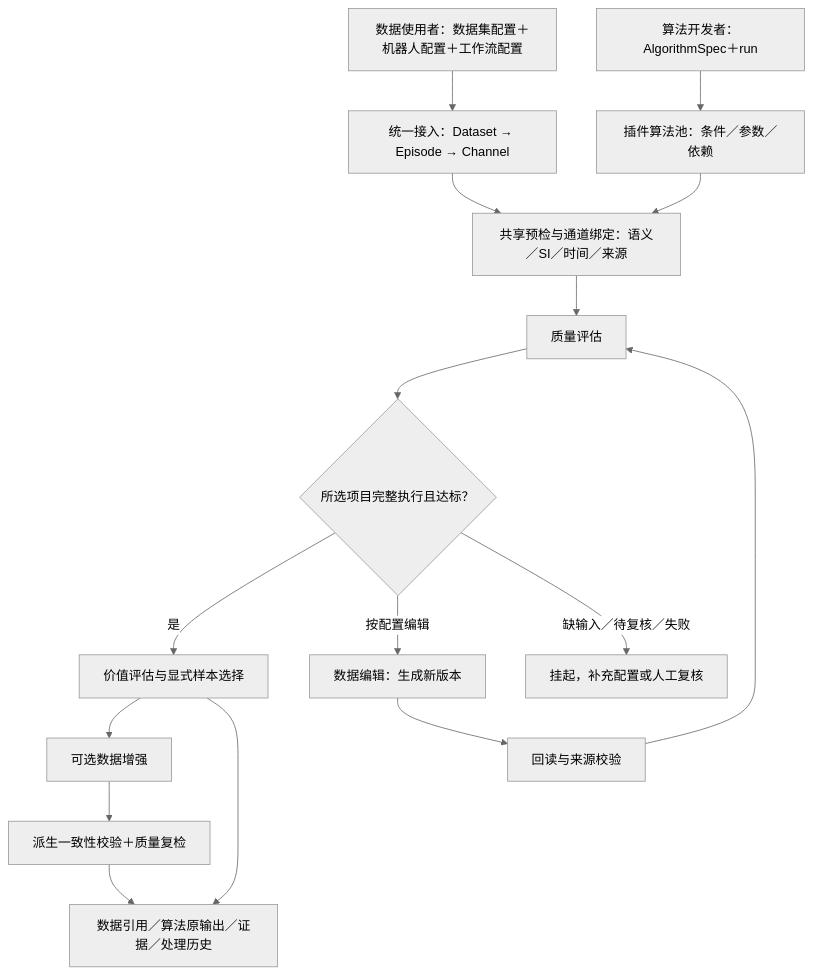
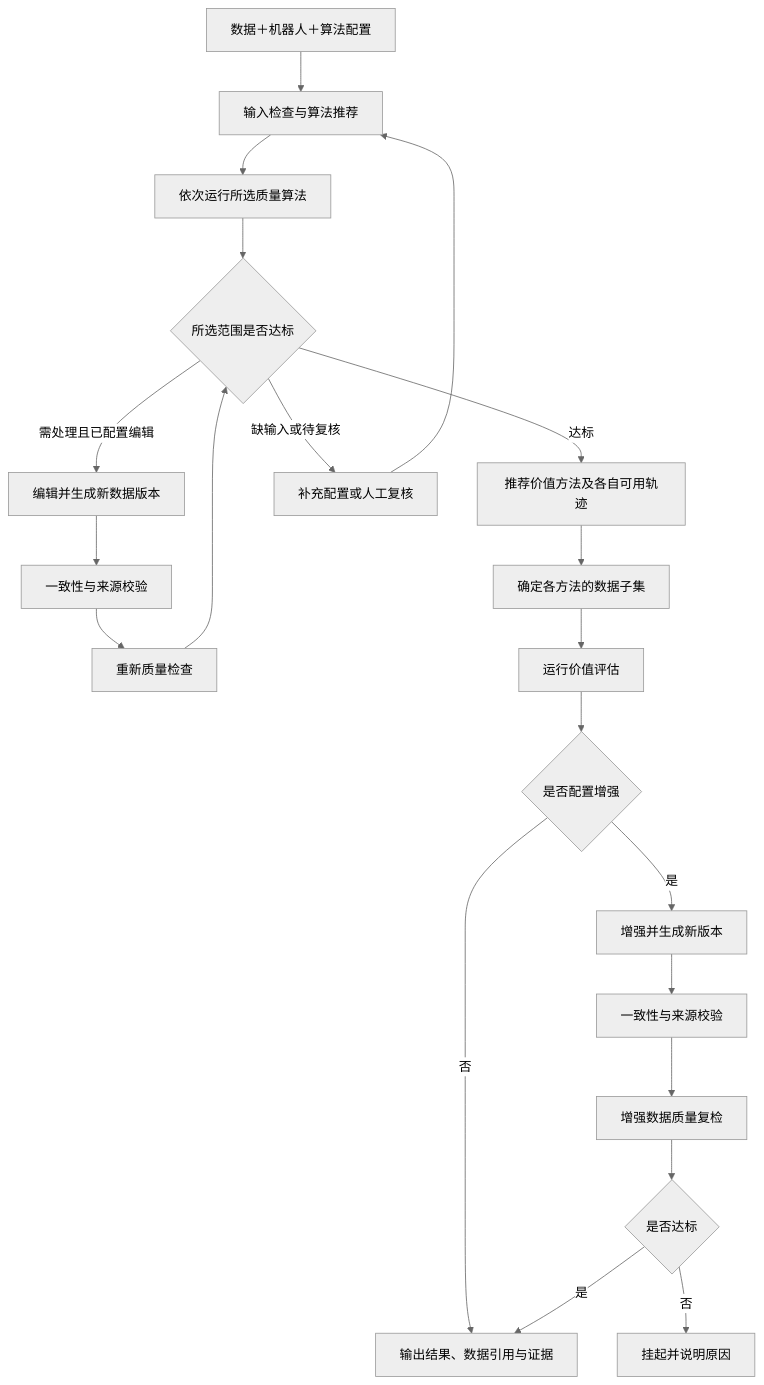
One commit to singlesingerdht/embodied-data-curation changed the diagram in README.zh-CN.md. Above: the diagram before and after it, drawn with Mermaid (neutral theme). The commit also changed other lines of this file and 340 other files, not shown here.

````diff
--- a/README.zh-CN.md
+++ b/README.zh-CN.md
@@ -21,18 +30,23 @@
 ```mermaid
-flowchart TB
-    User[数据使用者：数据集配置＋机器人配置＋工作流配置] --> Input[统一接入：Dataset → Episode → Channel]
-    Dev[算法开发者：AlgorithmSpec＋run] --> Pool[插件算法池：条件／参数／依赖]
-    Input --> Bind[共享预检与通道绑定：语义／SI／时间／来源]
-    Pool --> Bind
-    Bind --> Q[质量评估]
-    Q --> Gate{所选项目完整执行且达标？}
-    Gate -->|是| V[价值评估与显式样本选择]
-    Gate -->|按配置编辑| Edit[数据编辑：生成新版本]
-    Edit --> Check[回读与来源校验]
-    Check --> Q
-    Gate -->|缺输入／待复核／失败| Hold[挂起，补充配置或人工复核]
-    V --> Aug[可选数据增强]
-    Aug --> Verify[派生一致性校验＋质量复检]
-    V --> Out[数据引用／算法原输出／证据／处理历史]
-    Verify --> Out
+flowchart TD
+    A[数据＋机器人＋算法配置] --> B[输入检查与算法推荐]
+    B --> Q[依次运行所选质量算法]
+    Q --> G{所选范围是否达标}
+    G -->|达标| V[推荐价值方法及各自可用轨迹]
+    G -->|需处理且已配置编辑| E[编辑并生成新数据版本]
+    E --> C[一致性与来源校验]
+    C --> Q2[重新质量检查]
+    Q2 --> G
+    G -->|缺输入或待复核| P[补充配置或人工复核]
+    P --> B
+    V --> S[确定各方法的数据子集]
+    S --> R[运行价值评估]
+    R --> U{是否配置增强}
+    U -->|否| O[输出结果、数据引用与证据]
+    U -->|是| N[增强并生成新版本]
+    N --> C2[一致性与来源校验]
+    C2 --> Q3[增强数据质量复检]
+    Q3 --> G2{是否达标}
+    G2 -->|是| O
+    G2 -->|否| P2[挂起并说明原因]
 ```
````
